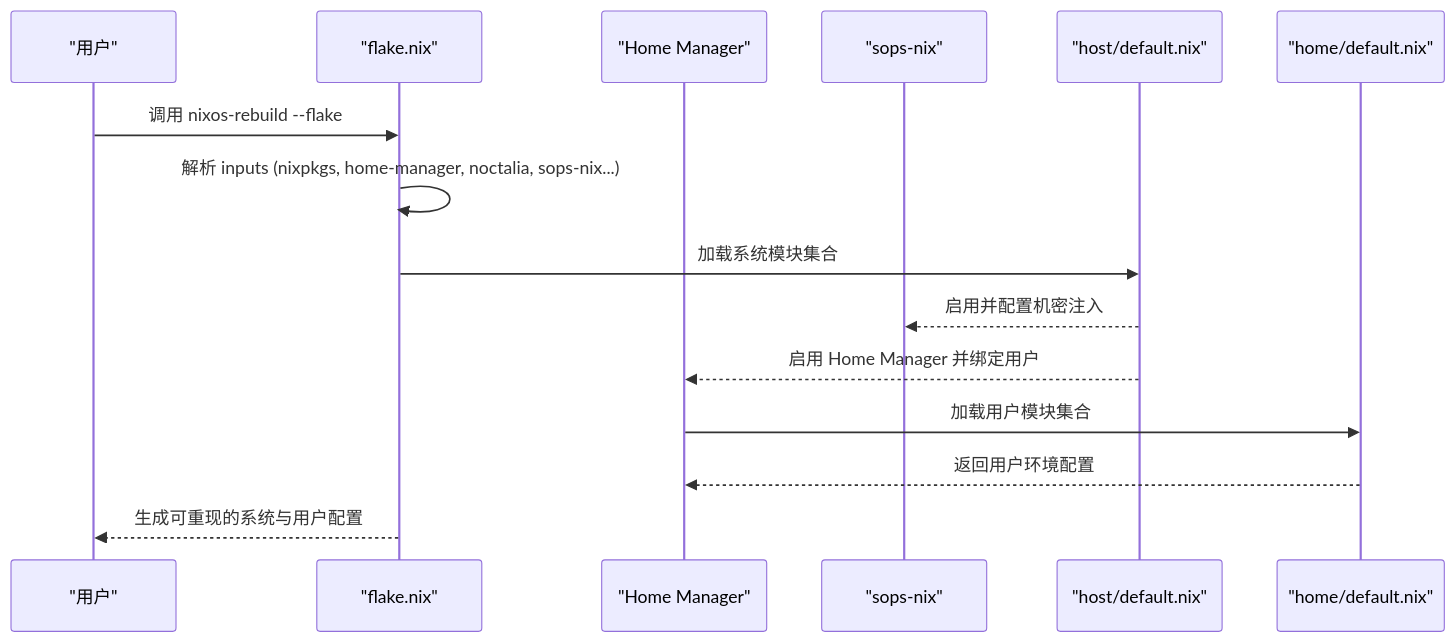
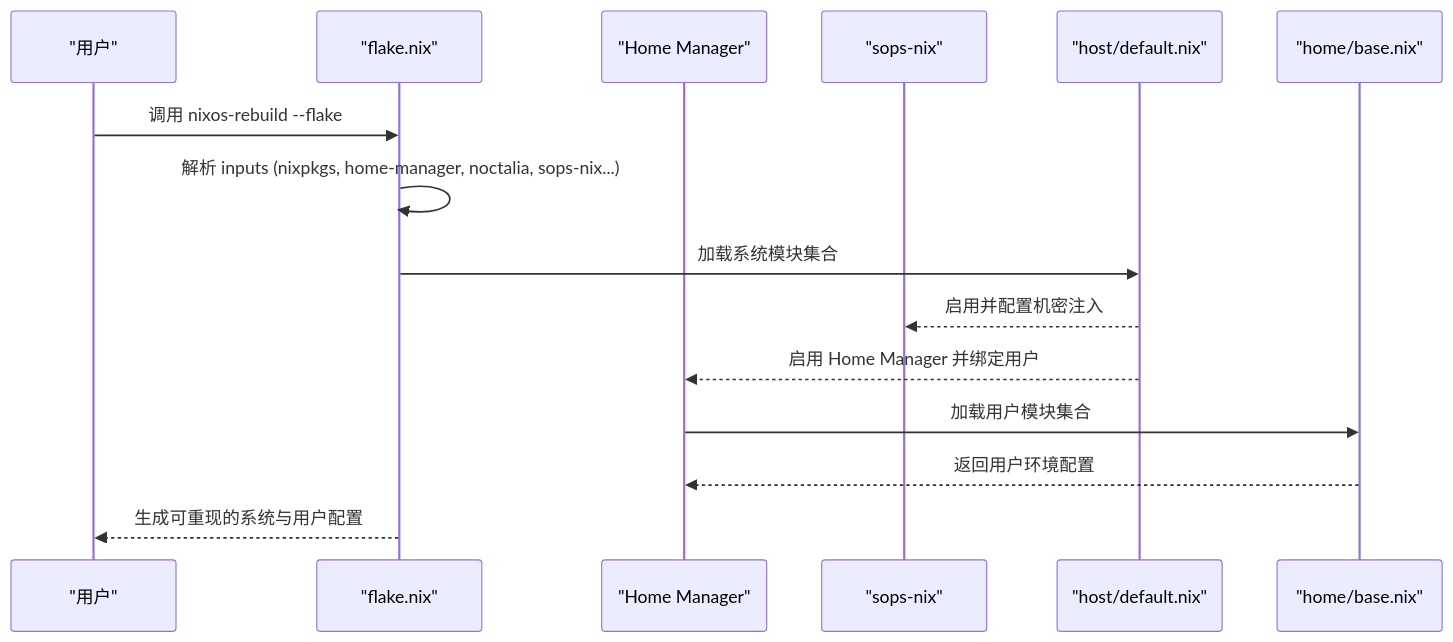
The third of 3 diagrams in wiki/architecture/flake.md (Shangshui0302/myNixOSConfig), drawn with Mermaid before and after one commit. The commit also changed other lines of this file and 53 other files, not shown here.

````diff
--- a/wiki/architecture/flake.md
+++ b/wiki/architecture/flake.md
@@ -80,17 +80,17 @@
 ```mermaid
 sequenceDiagram
 participant User as "用户"
 participant Flake as "flake.nix"
 participant HM as "Home Manager"
 participant SOPS as "sops-nix"
 participant Host as "host/default.nix"
-participant Home as "home/default.nix"
+participant Home as "home/base.nix"
 User->>Flake : 调用 nixos-rebuild --flake
 Flake->>Flake : 解析 inputs (nixpkgs, home-manager, noctalia, sops-nix...)
 Flake->>Host : 加载系统模块集合
 Host-->>SOPS : 启用并配置机密注入
 Host-->>HM : 启用 Home Manager 并绑定用户
 HM->>Home : 加载用户模块集合
 Home-->>HM : 返回用户环境配置
 Flake-->>User : 生成可重现的系统与用户配置
 ```
````
